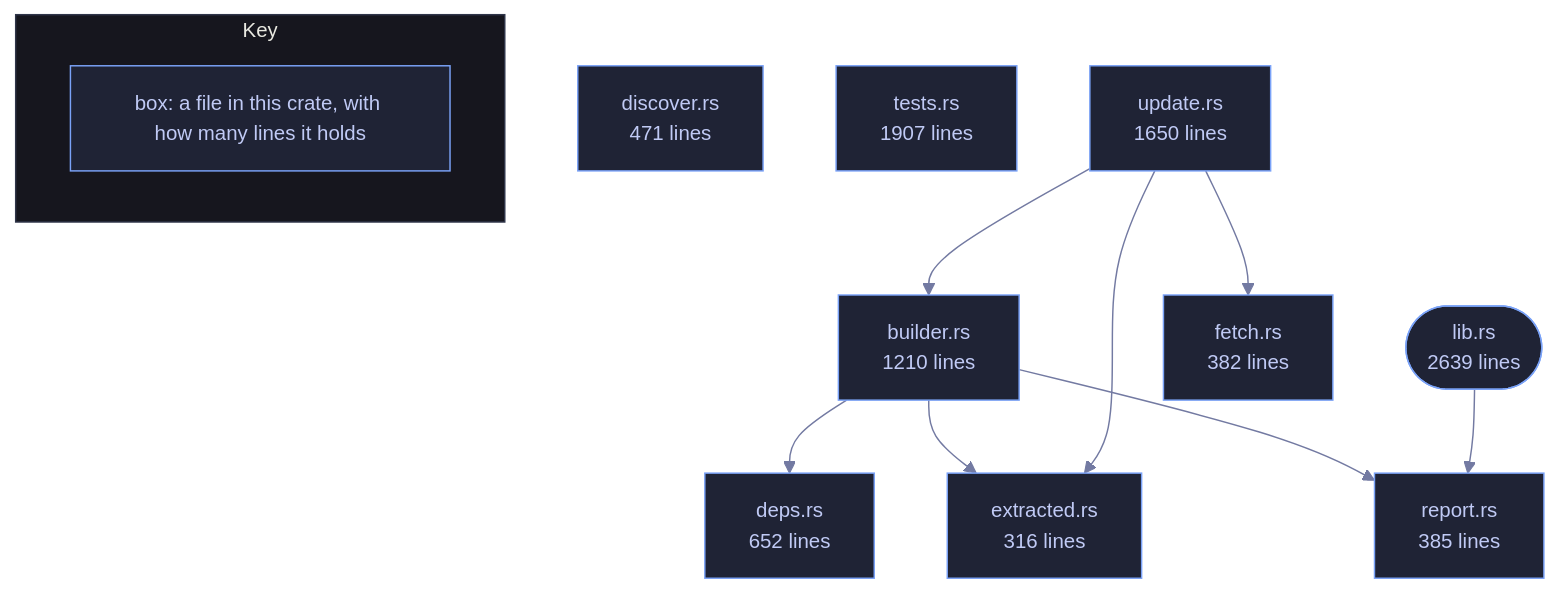
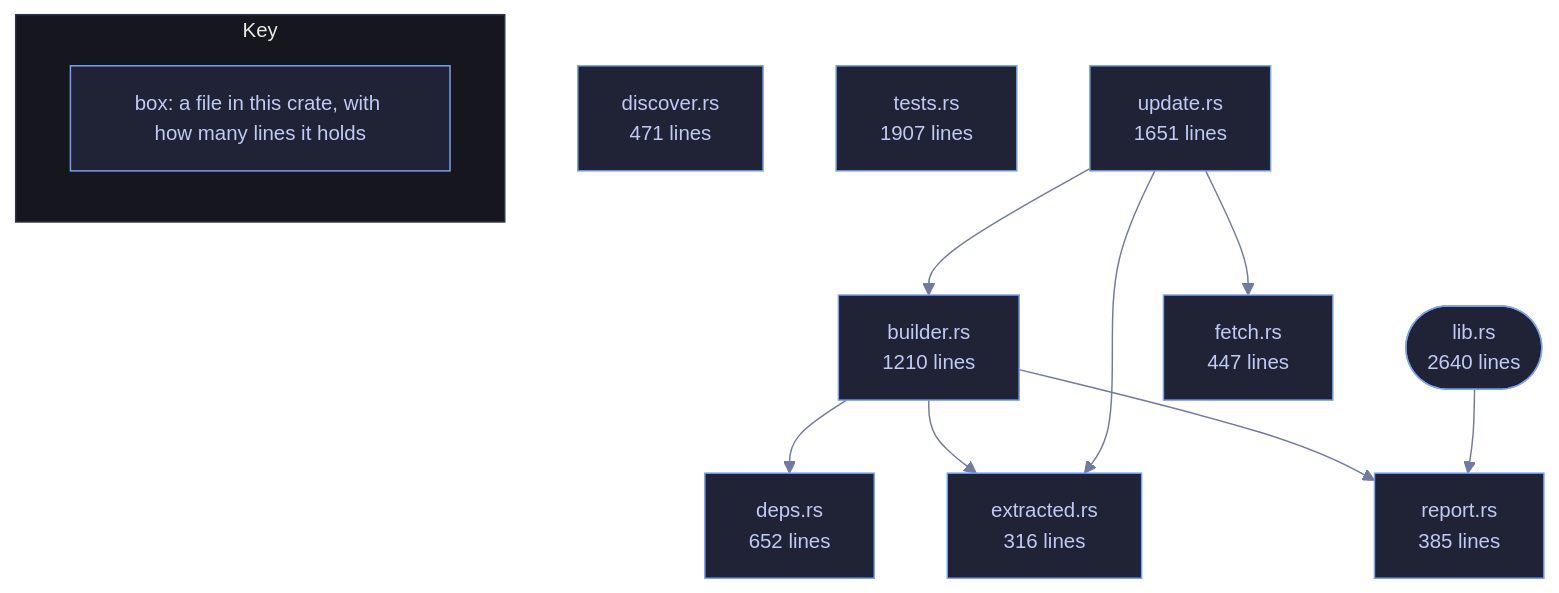
Before and after one commit to tilas01/veilvoice: the diagram in crates/veilvoice-verify/README.md, drawn with Mermaid. The commit also changed other lines of this file and 514 other files, not shown here.

````diff
--- a/crates/veilvoice-verify/README.md
+++ b/crates/veilvoice-verify/README.md
@@ -99,33 +99,33 @@
 ```mermaid
 %%{init: {"theme":"base","themeVariables":{"background":"#1a1b26","primaryColor":"#1f2335","primaryTextColor":"#c0caf5","primaryBorderColor":"#7aa2f7","secondaryColor":"#16161e","tertiaryColor":"#16161e","lineColor":"#737aa2","textColor":"#c0caf5","mainBkg":"#1f2335","nodeBorder":"#7aa2f7","clusterBkg":"#16161e","clusterBorder":"#2f3549","fontFamily":"ui-monospace, SFMono-Regular, Consolas, monospace","fontSize":"14px"}}}%%
 flowchart TD
-    n_lib(["lib.rs<br/>2639 lines"])
+    n_lib(["lib.rs<br/>2640 lines"])
     n_builder["builder.rs<br/>1210 lines"]
     n_deps["deps.rs<br/>652 lines"]
     n_discover["discover.rs<br/>471 lines"]
     n_extracted["extracted.rs<br/>316 lines"]
-    n_fetch["fetch.rs<br/>382 lines"]
+    n_fetch["fetch.rs<br/>447 lines"]
     n_report["report.rs<br/>385 lines"]
     n_tests["tests.rs<br/>1907 lines"]
-    n_update["update.rs<br/>1650 lines"]
+    n_update["update.rs<br/>1651 lines"]
     n_builder --> n_deps
     n_builder --> n_extracted
     n_builder --> n_report
     n_lib --> n_report
     n_update --> n_builder
     n_update --> n_extracted
     n_update --> n_fetch
     click n_lib href "https://github.com/tilas01/veilvoice/blob/main/crates/veilvoice-verify/src/lib.rs" "open the source"
     click n_builder href "https://github.com/tilas01/veilvoice/blob/main/crates/veilvoice-verify/src/builder.rs" "open the source"
     click n_deps href "https://github.com/tilas01/veilvoice/blob/main/crates/veilvoice-verify/src/deps.rs" "open the source"
     click n_discover href "https://github.com/tilas01/veilvoice/blob/main/crates/veilvoice-verify/src/discover.rs" "open the source"
     click n_extracted href "https://github.com/tilas01/veilvoice/blob/main/crates/veilvoice-verify/src/extracted.rs" "open the source"
     click n_fetch href "https://github.com/tilas01/veilvoice/blob/main/crates/veilvoice-verify/src/fetch.rs" "open the source"
     click n_report href "https://github.com/tilas01/veilvoice/blob/main/crates/veilvoice-verify/src/report.rs" "open the source"
     click n_tests href "https://github.com/tilas01/veilvoice/blob/main/crates/veilvoice-verify/src/tests.rs" "open the source"
     click n_update href "https://github.com/tilas01/veilvoice/blob/main/crates/veilvoice-verify/src/update.rs" "open the source"
     subgraph chart_key ["Key"]
         direction LR
         key_box["box: a file in this crate, with how many lines it holds"]
     end
 ```
````
